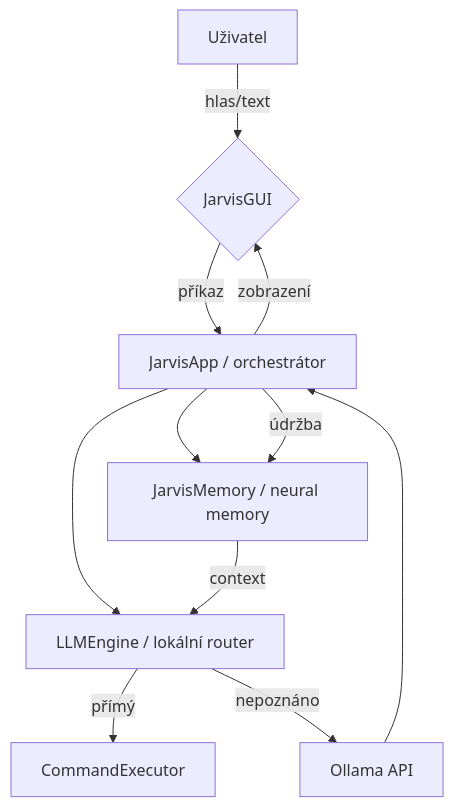
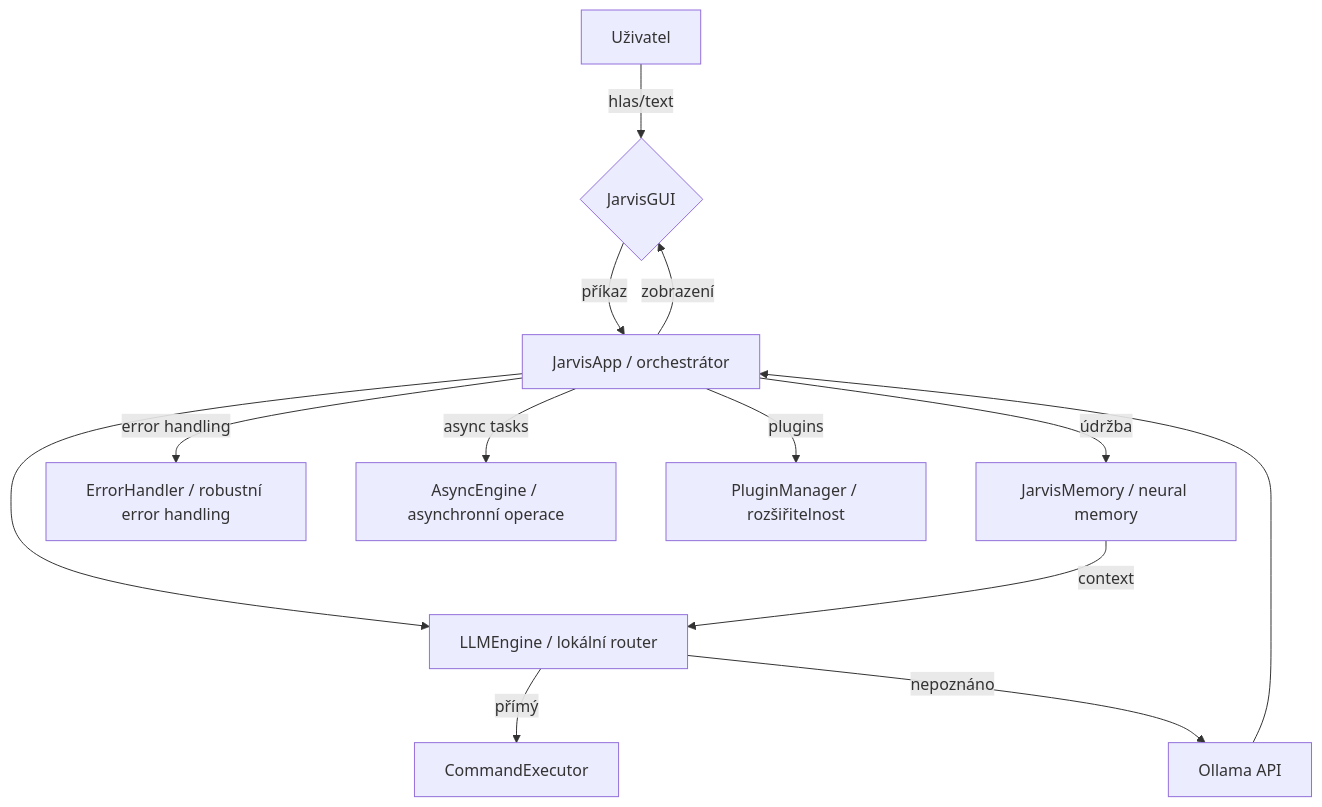
One commit to simivilasek-ship-it/E.V. changed the diagram in README.md. Above: the diagram before and after it, drawn with Mermaid. The commit also changed other lines of this file, not shown here.

First line of the commit message:
Dokumentace: Aktualizace architektury s error handling, async engine a plugin systémem

````diff
--- a/README.md
+++ b/README.md
@@ -252,13 +252,15 @@
 ```mermaid
 graph TB
     User[Uživatel] -->|hlas/text| GUI{JarvisGUI}
     GUI -->|příkaz| Core[JarvisApp / orchestrátor]
     Core --> Router[LLMEngine / lokální router]
     Router -->|přímý| Commands[CommandExecutor]
     Router -->|nepoznáno| Ollama[Ollama API]
     Ollama --> Core
     Core -->|zobrazení| GUI
-    Core --> Memory[JarvisMemory / neural memory]
+    Core -->|údržba| Memory[JarvisMemory / neural memory]
     Memory -->|context| Router
-    Core -->|údržba| Memory
+    Core -->|error handling| ErrorHandler[ErrorHandler / robustní error handling]
+    Core -->|async tasks| AsyncEngine[AsyncEngine / asynchronní operace]
+    Core -->|plugins| PluginManager[PluginManager / rozšiřitelnost]
 ```
````
